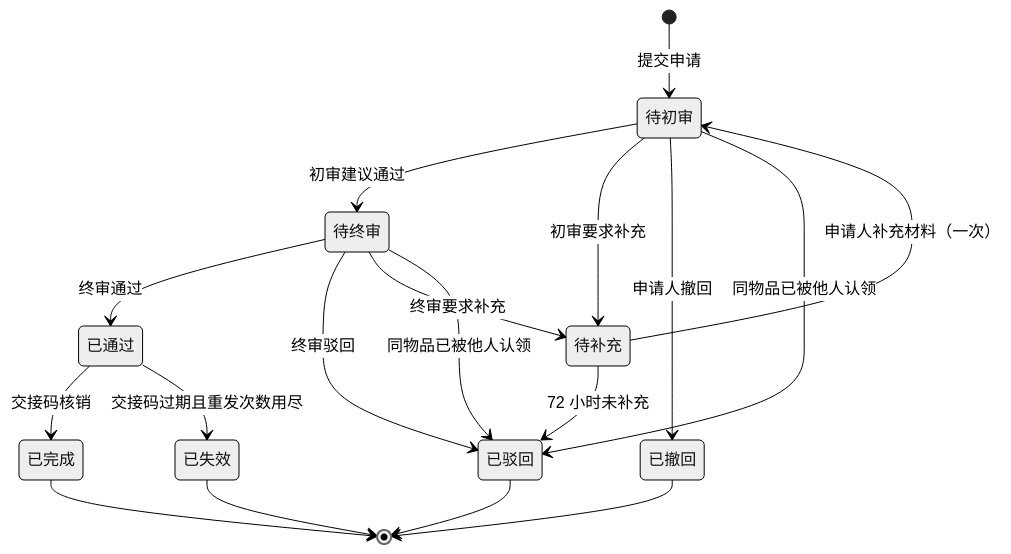
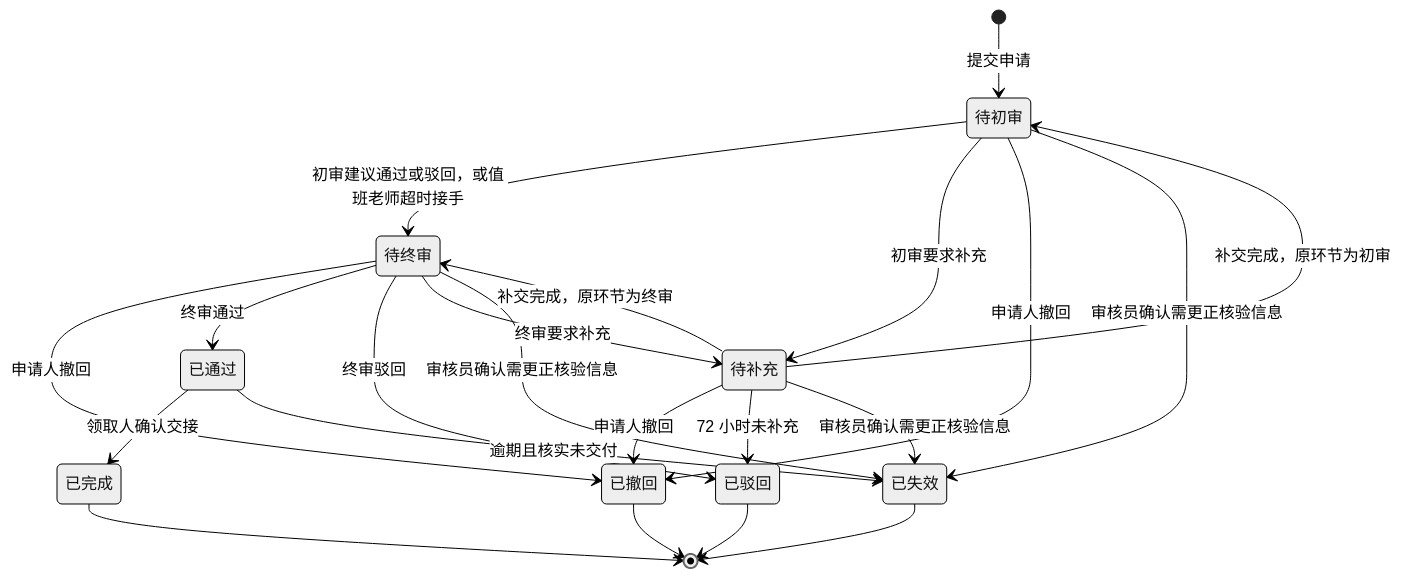
The second of 4 diagrams in docs/03-需求分析模型/状态图与顺序图.md (phao90016-jpg/Tongji-campus-lost-found), drawn with Mermaid (neutral theme) before and after one commit. The commit also changed other lines of this file and 50 other files, not shown here.

````diff
--- a/docs/03-需求分析模型/状态图与顺序图.md
+++ b/docs/03-需求分析模型/状态图与顺序图.md
@@ -39,20 +40,24 @@
 ```mermaid
 stateDiagram-v2
     [*] --> 待初审: 提交申请
-    待初审 --> 待终审: 初审建议通过
+    待初审 --> 待终审: 初审建议通过或驳回，或值班老师超时接手
     待初审 --> 待补充: 初审要求补充
     待初审 --> 已撤回: 申请人撤回
-    待补充 --> 待初审: 申请人补充材料（一次）
+    待补充 --> 待初审: 补交完成，原环节为初审
+    待补充 --> 待终审: 补交完成，原环节为终审
+    待补充 --> 已撤回: 申请人撤回
+    待终审 --> 已撤回: 申请人撤回
     待补充 --> 已驳回: 72 小时未补充
     待终审 --> 已通过: 终审通过
     待终审 --> 已驳回: 终审驳回
     待终审 --> 待补充: 终审要求补充
-    已通过 --> 已完成: 交接码核销
-    已通过 --> 已失效: 交接码过期且重发次数用尽
-    待初审 --> 已驳回: 同物品已被他人认领
-    待终审 --> 已驳回: 同物品已被他人认领
+    已通过 --> 已完成: 领取人确认交接
+    已通过 --> 已失效: 逾期且核实未交付
+    待初审 --> 已失效: 审核员确认需更正核验信息
+    待终审 --> 已失效: 审核员确认需更正核验信息
+    待补充 --> 已失效: 审核员确认需更正核验信息
     已完成 --> [*]
     已驳回 --> [*]
     已撤回 --> [*]
     已失效 --> [*]
 ```
````
